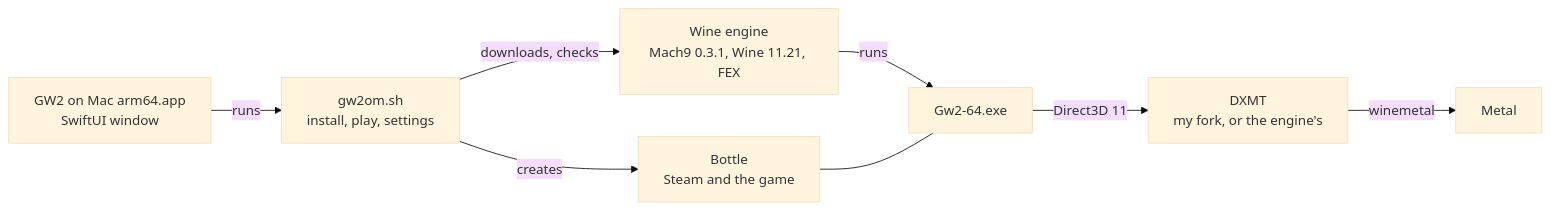
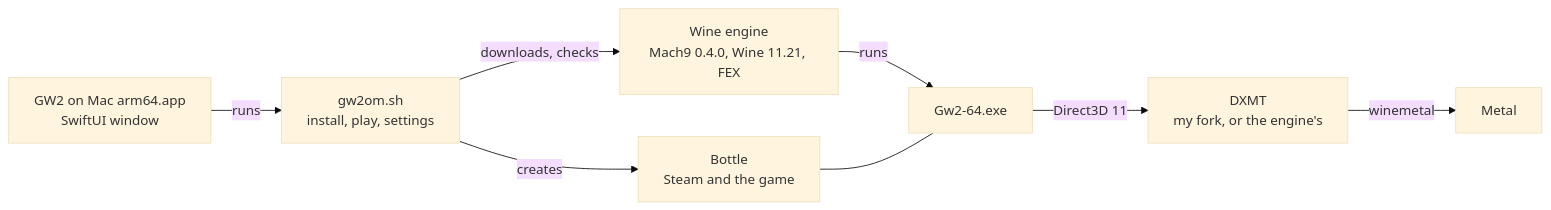
One commit to jdrly/gw2-on-mac changed the first of 3 diagrams in README.md. Above: the diagram before and after it, drawn with Mermaid (base theme). The commit also changed other lines of this file and 10 other files, not shown here.

````diff
--- a/README.md
+++ b/README.md
@@ -381,10 +381,10 @@
 ```mermaid
 flowchart LR
     app["GW2 on Mac arm64.app<br/>SwiftUI window"] -->|"runs"| sh["gw2om.sh<br/>install, play, settings"]
-    sh -->|"downloads, checks"| engine["Wine engine<br/>Mach9 0.3.1, Wine 11.21, FEX"]
+    sh -->|"downloads, checks"| engine["Wine engine<br/>Mach9 0.4.0, Wine 11.21, FEX"]
     sh -->|"creates"| bottle["Bottle<br/>Steam and the game"]
     engine -->|"runs"| game["Gw2-64.exe"]
     bottle --- game
     game -->|"Direct3D 11"| dxmt["DXMT<br/>my fork, or the engine's"]
     dxmt -->|"winemetal"| metal["Metal"]
 ```
````
